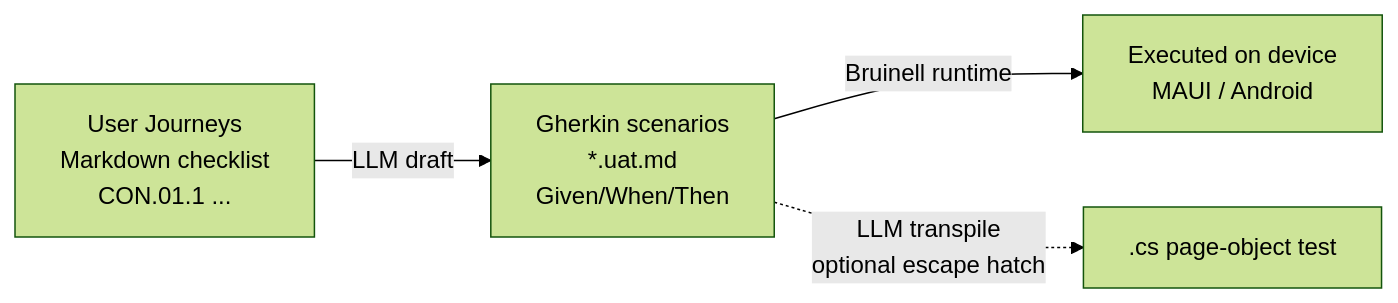
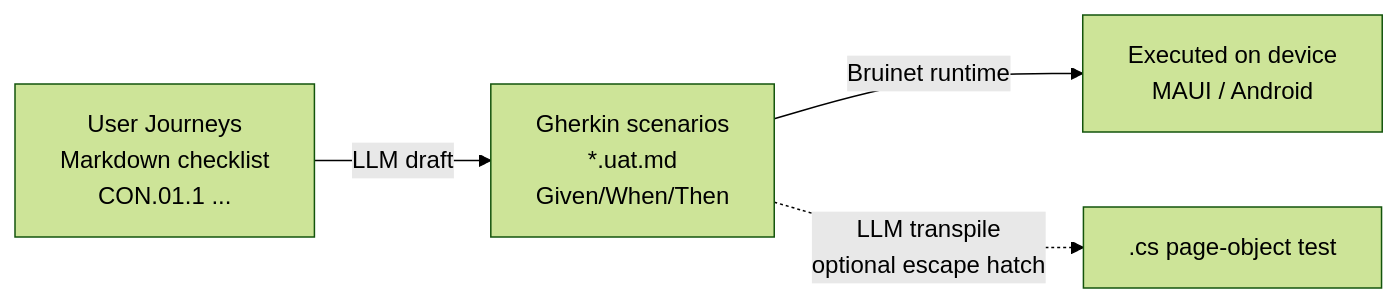
One commit to jonkeda/Brinell changed the first of 2 diagrams in .my/uat/rethinking-uat.md. Above: the diagram before and after it, drawn with Mermaid (forest theme). The commit also changed other lines of this file and 4874 other files, not shown here.

Commit message:
Bruinell is now Bruinet: every project, folder, file, namespace, command, MCP server and variable (Bruinell, bruinell, BRUINELL to Bruinet, bruinet, BRUINET)

````diff
--- a/.my/uat/rethinking-uat.md
+++ b/.my/uat/rethinking-uat.md
@@ -24,6 +24,6 @@
 ```mermaid
 flowchart LR
     UJ[User Journeys\nMarkdown checklist\nCON.01.1 ...] -->|LLM draft| GK[Gherkin scenarios\n*.uat.md\nGiven/When/Then]
-    GK -->|Bruinell runtime| RUN[Executed on device\nMAUI / Android]
+    GK -->|Bruinet runtime| RUN[Executed on device\nMAUI / Android]
     GK -.->|LLM transpile\noptional escape hatch| CS[.cs page-object test]
 ```
````
